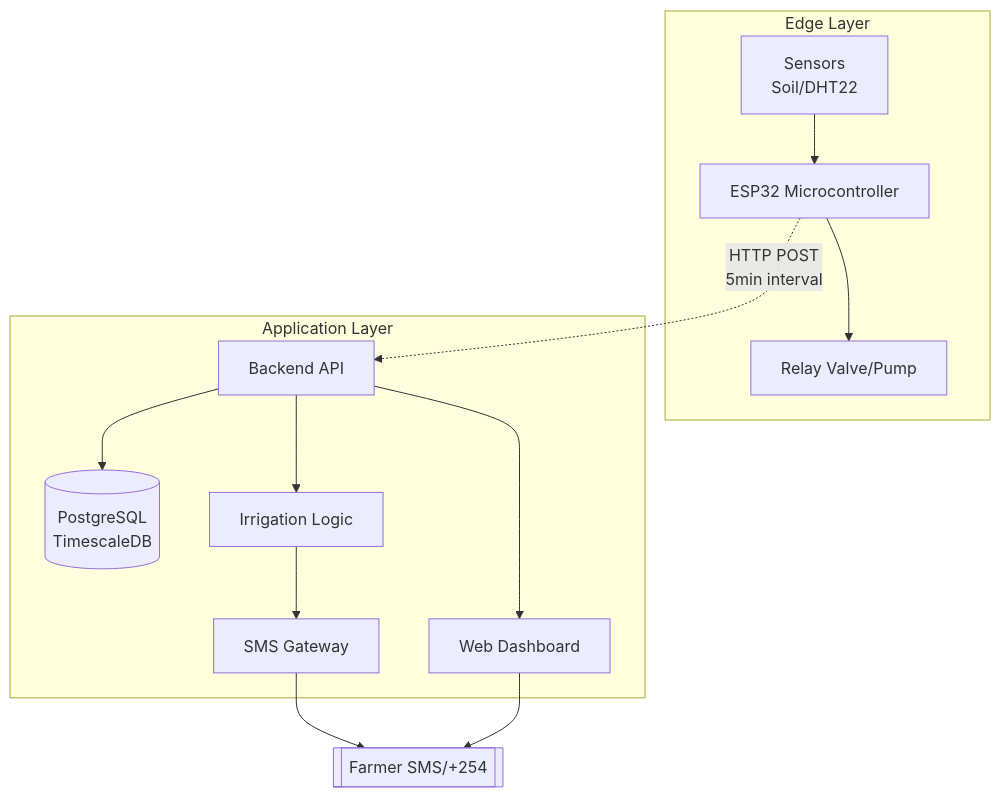
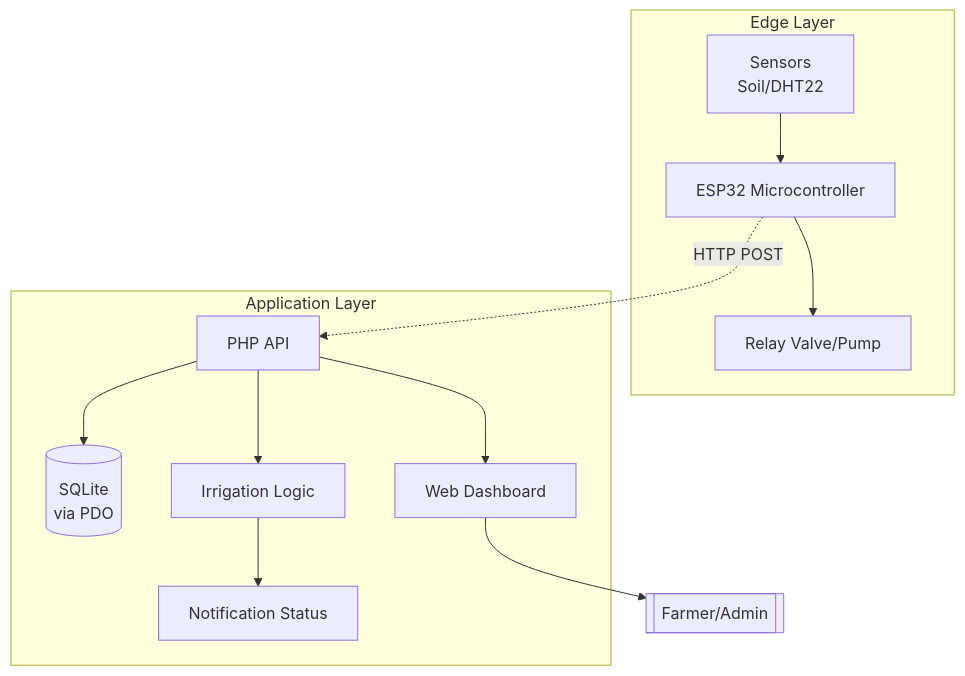
Before and after one commit to inferno254/aquasense: the diagram in README.md, drawn with Mermaid. The commit also changed other lines of this file and 210 other files, not shown here.

````diff
--- a/README.md
+++ b/README.md
@@ -18,16 +17,15 @@
 ```mermaid
 graph TB
     subgraph Edge["Edge Layer"]
         S1[Sensors<br/>Soil/DHT22] --> MCU[ESP32 Microcontroller]
         MCU --> R[Relay Valve/Pump]
     end
-    MCU -.->|HTTP POST<br/>5min interval| API[Backend API]
+    MCU -.->|HTTP POST| API[PHP API]
     subgraph Cloud["Application Layer"]
-        API --> DB[(PostgreSQL<br/>TimescaleDB)]
+        API --> DB[(SQLite<br/>via PDO)]
         API --> L[Irrigation Logic]
-        L --> N[SMS Gateway]
+        L --> N[Notification Status]
         API --> UI[Web Dashboard]
     end
-    N --> F[[Farmer SMS/+254]]
-    UI --> F
+    UI --> F[[Farmer/Admin]]
 ```
````
